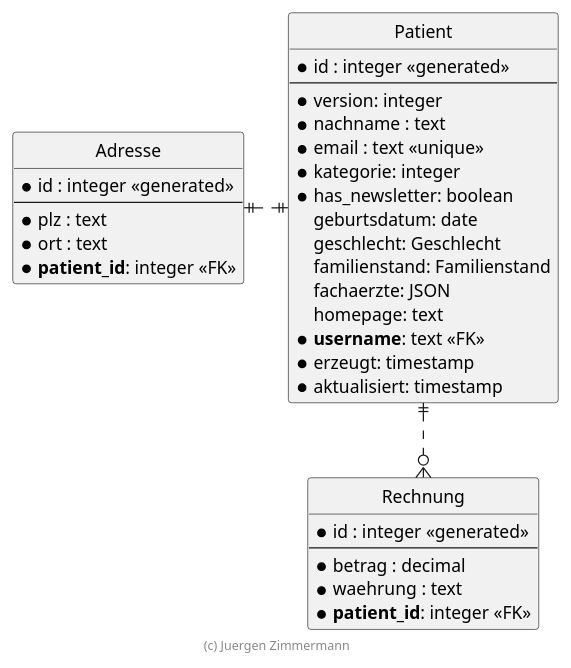
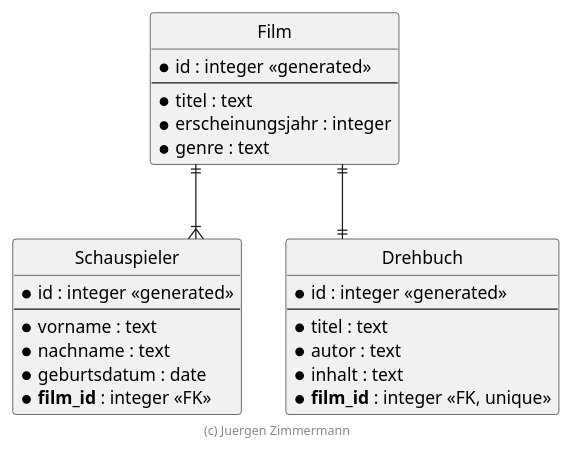
The diagram in docs/diagramme/src/er-diagramm.plantuml (moritzbsnr/swe-gruppenarbeit), drawn with PlantUML before and after one commit. The commit also changed 15 other files, not shown here.

```diff
--- a/docs/diagramme/src/er-diagramm.plantuml
+++ b/docs/diagramme/src/er-diagramm.plantuml
@@ -18,48 +18,37 @@
 @startuml ER Diagramm
 
-' hide the spot
 hide circle
-
-' evtl. Prbleme mit Kraehenfuessen vermeiden
 skinparam linetype ortho
 
-entity "Patient" {
+entity "Film" {
   * id : integer <<generated>>
   --
-  * version: integer
-  * nachname : text
-  * email : text <<unique>>
-  * kategorie: integer
-  * has_newsletter: boolean
-    geburtsdatum: date
-    geschlecht: Geschlecht
-    familienstand: Familienstand
-    fachaerzte: JSON
-    homepage: text
-  * **username**: text <<FK>>
-  * erzeugt: timestamp
-  * aktualisiert: timestamp
+  * titel : text
+  * erscheinungsjahr : integer
+  * genre : text
 }
 
-entity "Adresse" {
+entity "Schauspieler" {
   * id : integer <<generated>>
   --
-  * plz : text
-  * ort : text
-  * **patient_id**: integer <<FK>>
+  * vorname : text
+  * nachname : text
+  * geburtsdatum : date
+  * **film_id** : integer <<FK>>
 }
 
-entity "Rechnung" {
+entity "Drehbuch" {
   * id : integer <<generated>>
   --
-  * betrag : decimal
-  * waehrung : text
-  * **patient_id**: integer <<FK>>
+  * titel : text
+  * autor : text
+  * inhalt : text
+  * **film_id** : integer <<FK, unique>>
 }
 
-Patient ||.left.|| Adresse
-Patient ||..o{ Rechnung
+Film ||--|| Drehbuch
+Film ||--|{ Schauspieler
 
 footer (c) Juergen Zimmermann
 
 @enduml
```
